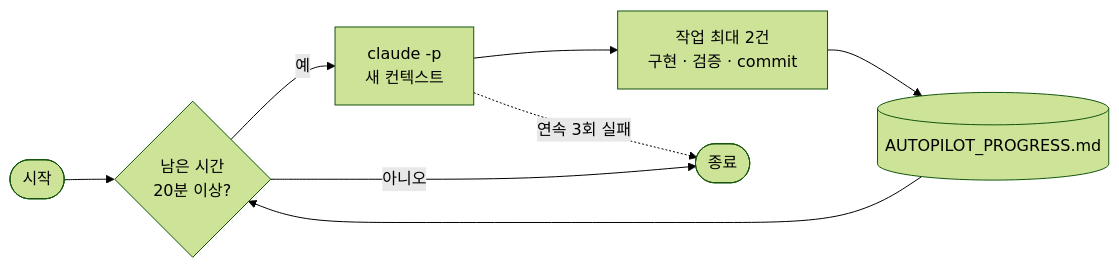
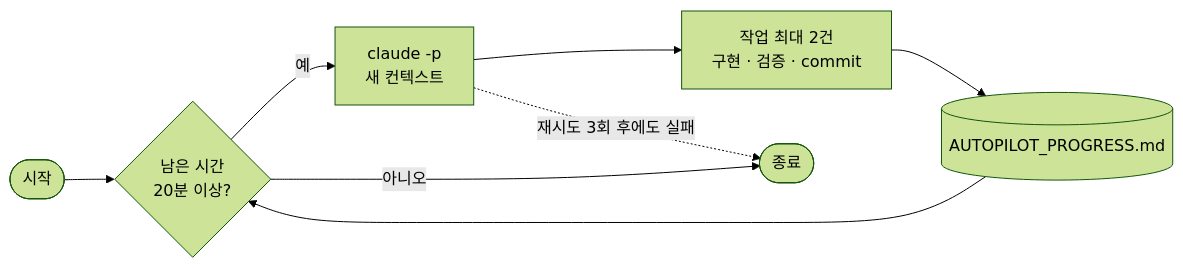
Before and after one commit to ReguMaster/Autopilot: the diagram in README.md, drawn with Mermaid (forest theme). The commit also changed other lines of this file and 2 other files, not shown here.

First line of the commit message:
실패 회차 재시도 대기 추가: 5·15·30분 간격으로 재시도 후에도 실패하면 중단

````diff
--- a/README.md
+++ b/README.md
@@ -24,10 +24,10 @@
 ```mermaid
 flowchart LR
     A([시작]) --> B{남은 시간<br/>20분 이상?}
     B -- 예 --> C[claude -p<br/>새 컨텍스트]
     C --> D[작업 최대 2건<br/>구현 · 검증 · commit]
     D --> E[(AUTOPILOT_PROGRESS.md)]
     E --> B
     B -- 아니오 --> F([종료])
-    C -. 연속 3회 실패 .-> F
+    C -. 재시도 3회 후에도 실패 .-> F
 ```
````
